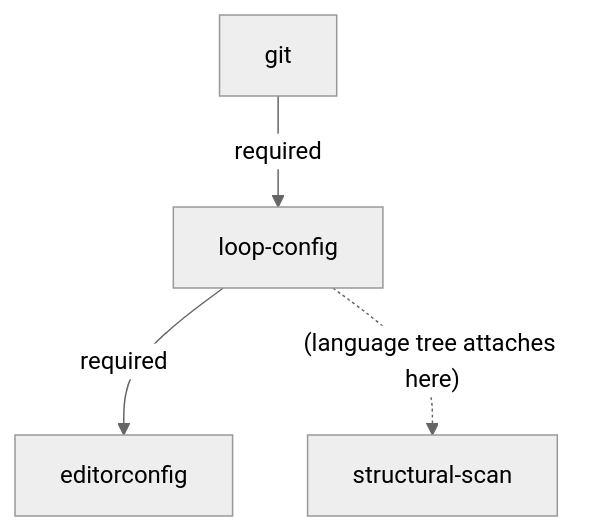
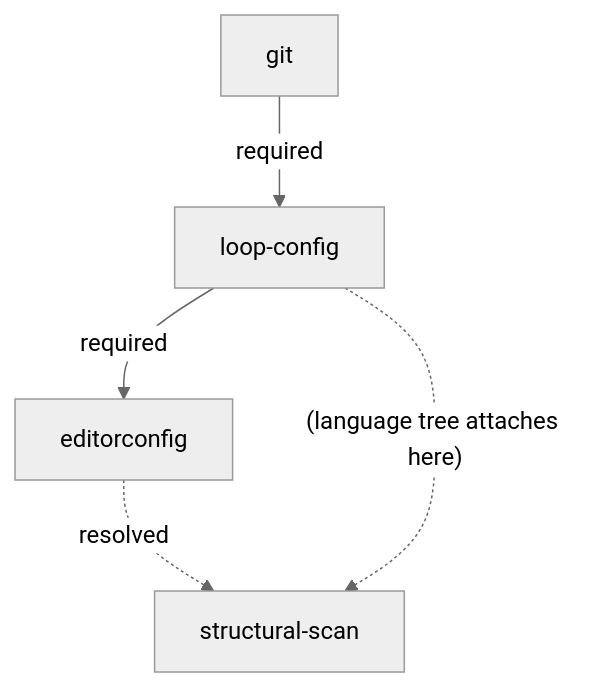
Before and after one commit to Art4/continuous-refactoring: the diagram in skills/refactor-scan/references/tooling-tree.md, drawn with Mermaid (neutral theme). The commit also changed other lines of this file and 4 other files, not shown here.

````diff
--- a/skills/refactor-scan/references/tooling-tree.md
+++ b/skills/refactor-scan/references/tooling-tree.md
@@ -7,11 +7,12 @@
 ```mermaid
 graph TD
     git[git]
     lc[loop-config]
     edc[editorconfig]
     ss[structural-scan]
 
     git -->|required| lc
     lc -->|required| edc
+    edc -.->|resolved| ss
     lc -.->|"(language tree attaches here)"| ss
 ```
````
